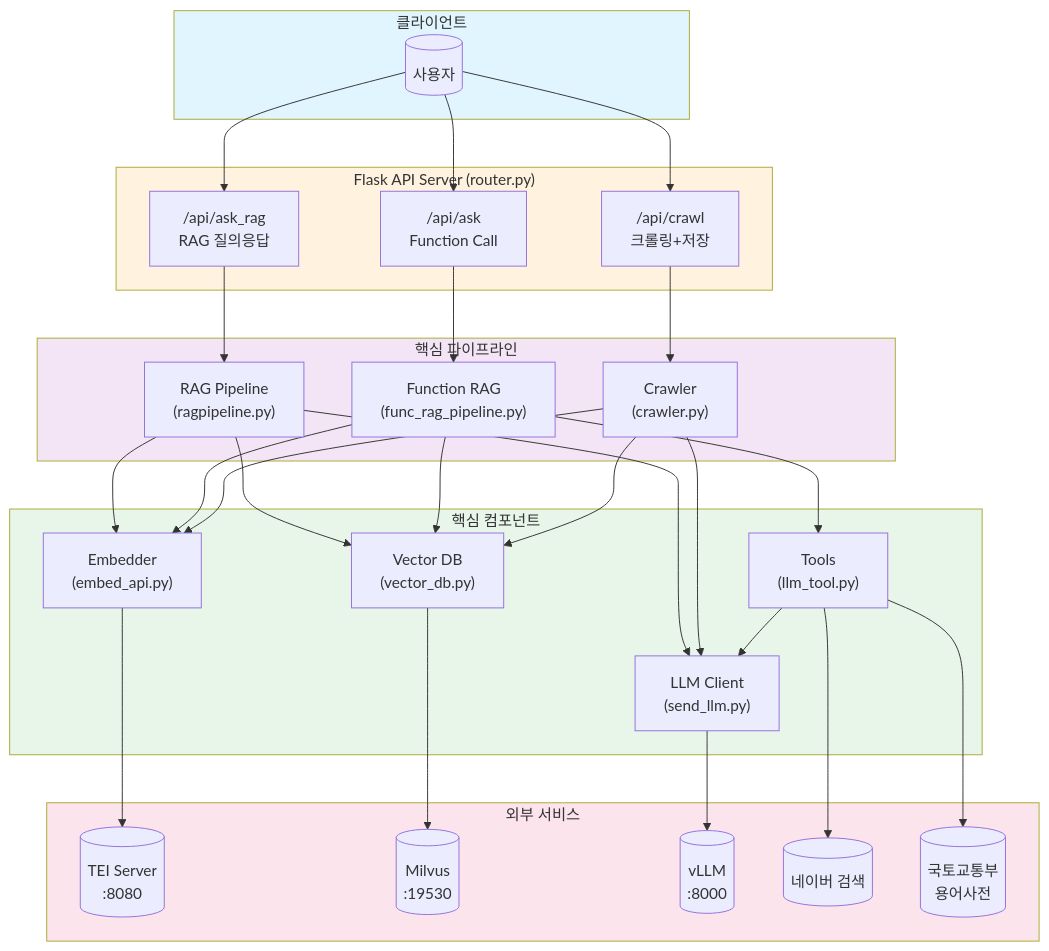
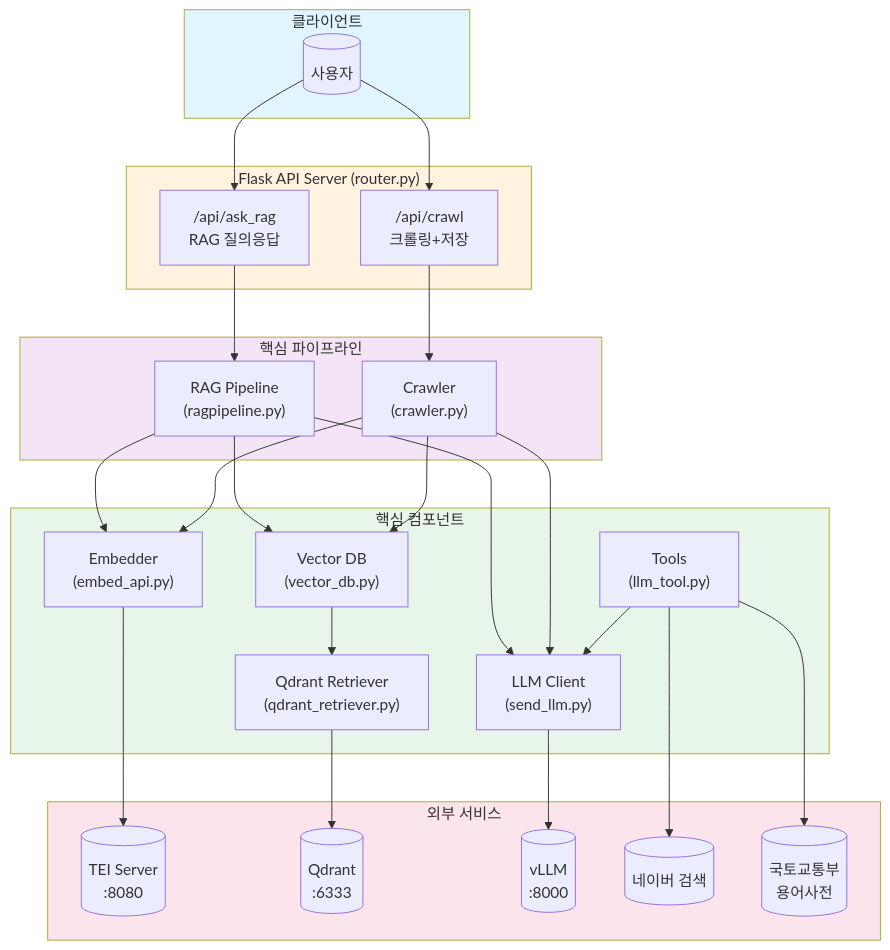
The diagram in assets/diagrams/architecture.md (JMTdongsan/AI_router), drawn with Mermaid before and after one commit. The commit also changed 21 other files, not shown here.

Commit message:
Switch RAG storage to Qdrant

````diff
--- a/assets/diagrams/architecture.md
+++ b/assets/diagrams/architecture.md
@@ -3,67 +3,61 @@
 ```mermaid
 flowchart TB
     subgraph Client["클라이언트"]
         USER[("사용자")]
     end
 
     subgraph API["Flask API Server (router.py)"]
         ASK_RAG["/api/ask_rag<br/>RAG 질의응답"]
-        ASK["/api/ask<br/>Function Call"]
         CRAWL["/api/crawl<br/>크롤링+저장"]
     end
 
     subgraph Core["핵심 파이프라인"]
         RAG["RAG Pipeline<br/>(ragpipeline.py)"]
-        FUNC_RAG["Function RAG<br/>(func_rag_pipeline.py)"]
         CRAWLER["Crawler<br/>(crawler.py)"]
     end
 
     subgraph Components["핵심 컴포넌트"]
         EMBEDDER["Embedder<br/>(embed_api.py)"]
         VECTOR_DB["Vector DB<br/>(vector_db.py)"]
+        QDRANT_RETRIEVER["Qdrant Retriever<br/>(qdrant_retriever.py)"]
         LLM_CLIENT["LLM Client<br/>(send_llm.py)"]
         TOOLS["Tools<br/>(llm_tool.py)"]
     end
 
     subgraph External["외부 서비스"]
         TEI[("TEI Server<br/>:8080")]
-        MILVUS[("Milvus<br/>:19530")]
+        QDRANT[("Qdrant<br/>:6333")]
         VLLM[("vLLM<br/>:8000")]
         NAVER[("네이버 검색")]
         MOLIT[("국토교통부<br/>용어사전")]
     end
 
     USER --> ASK_RAG
-    USER --> ASK
     USER --> CRAWL
 
     ASK_RAG --> RAG
-    ASK --> FUNC_RAG
     CRAWL --> CRAWLER
 
     RAG --> EMBEDDER
     RAG --> VECTOR_DB
+    VECTOR_DB --> QDRANT_RETRIEVER
     RAG --> LLM_CLIENT
-
-    FUNC_RAG --> EMBEDDER
-    FUNC_RAG --> VECTOR_DB
-    FUNC_RAG --> TOOLS
 
     CRAWLER --> LLM_CLIENT
     CRAWLER --> EMBEDDER
     CRAWLER --> VECTOR_DB
 
     TOOLS --> LLM_CLIENT
     TOOLS --> NAVER
     TOOLS --> MOLIT
 
     EMBEDDER --> TEI
-    VECTOR_DB --> MILVUS
+    QDRANT_RETRIEVER --> QDRANT
     LLM_CLIENT --> VLLM
 
     style Client fill:#e1f5fe
     style API fill:#fff3e0
     style Core fill:#f3e5f5
     style Components fill:#e8f5e9
     style External fill:#fce4ec
 ```
````
